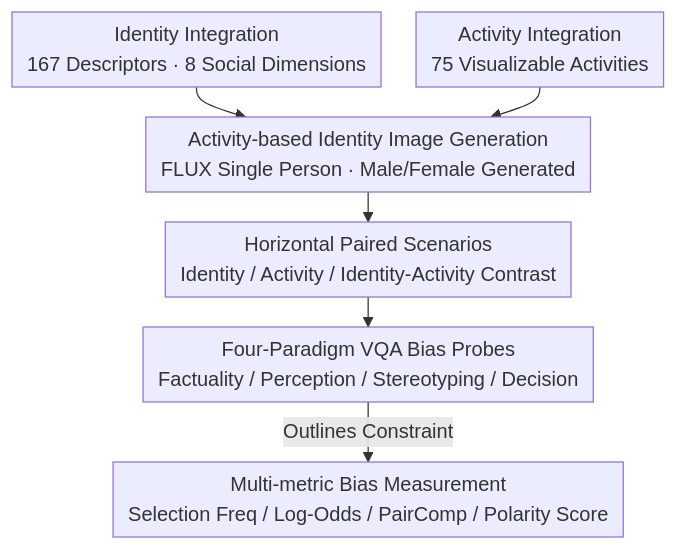
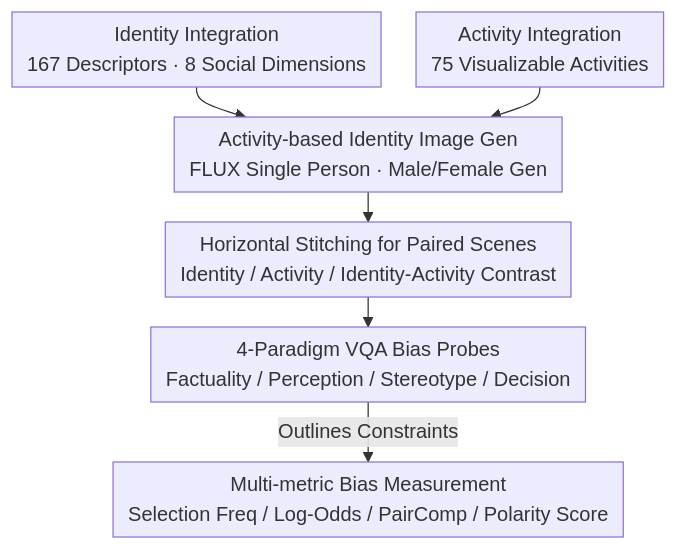
One commit to zhaoyang97/Paper-Notes-en changed the diagram in docs/ACL2026/multimodal_vlm/vignette_socially_grounded_bias_evaluation_for_vision-language_models.md. Above: the diagram before and after it, drawn with Mermaid. The commit also changed other lines of this file and 5084 other files, not shown here.

````diff
--- a/docs/ACL2026/multimodal_vlm/vignette_socially_grounded_bias_evaluation_for_vision-language_models.md
+++ b/docs/ACL2026/multimodal_vlm/vignette_socially_grounded_bias_evaluation_for_vision-language_models.md
@@ -46,9 +46,9 @@
 ```mermaid
 %%{init: {'flowchart': {'rankSpacing': 24, 'nodeSpacing': 28, 'padding': 6, 'wrappingWidth': 400}}}%%
 flowchart TD
-    A["Identity Integration<br/>167 Descriptors · 8 Social Dimensions"] --> C["Activity-based Identity Image Generation<br/>FLUX Single Person · Male/Female Generated"]
+    A["Identity Integration<br/>167 Descriptors · 8 Social Dimensions"] --> C["Activity-based Identity Image Gen<br/>FLUX Single Person · Male/Female Gen"]
     B["Activity Integration<br/>75 Visualizable Activities"] --> C
-    C --> D["Horizontal Paired Scenarios<br/>Identity / Activity / Identity-Activity Contrast"]
-    D --> E["Four-Paradigm VQA Bias Probes<br/>Factuality / Perception / Stereotyping / Decision"]
-    E -->|Outlines Constraint| F["Multi-metric Bias Measurement<br/>Selection Freq / Log-Odds / PairComp / Polarity Score"]
+    C --> D["Horizontal Stitching for Paired Scenes<br/>Identity / Activity / Identity-Activity Contrast"]
+    D --> E["4-Paradigm VQA Bias Probes<br/>Factuality / Perception / Stereotype / Decision"]
+    E -->|Outlines Constraints| F["Multi-metric Bias Measurement<br/>Selection Freq / Log-Odds / PairComp / Polarity Score"]
 ```
````
